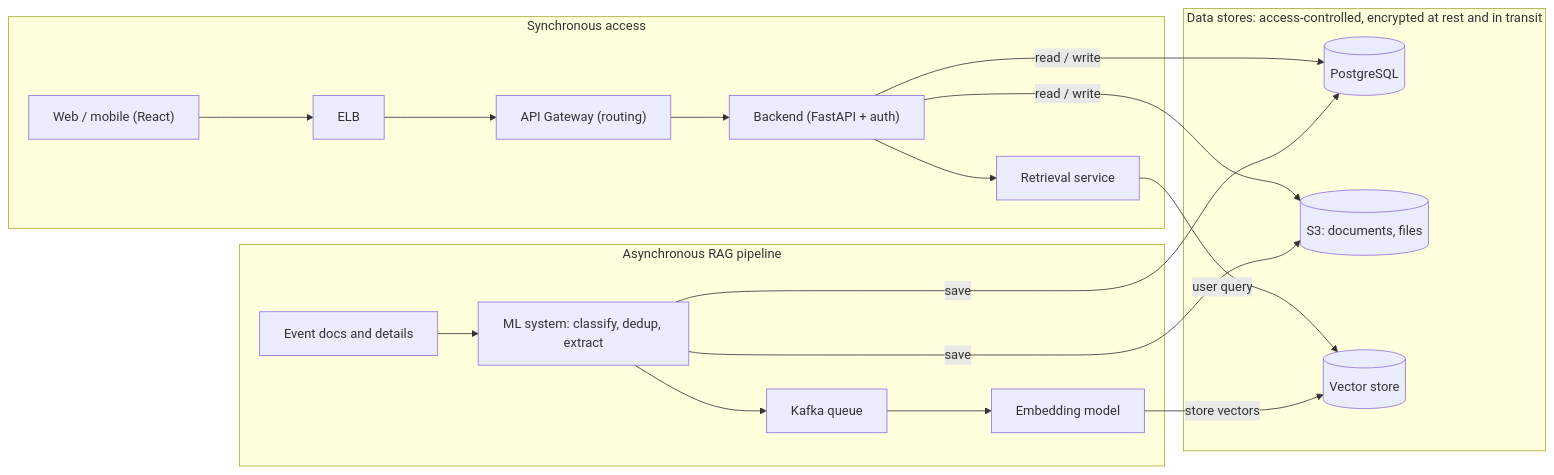
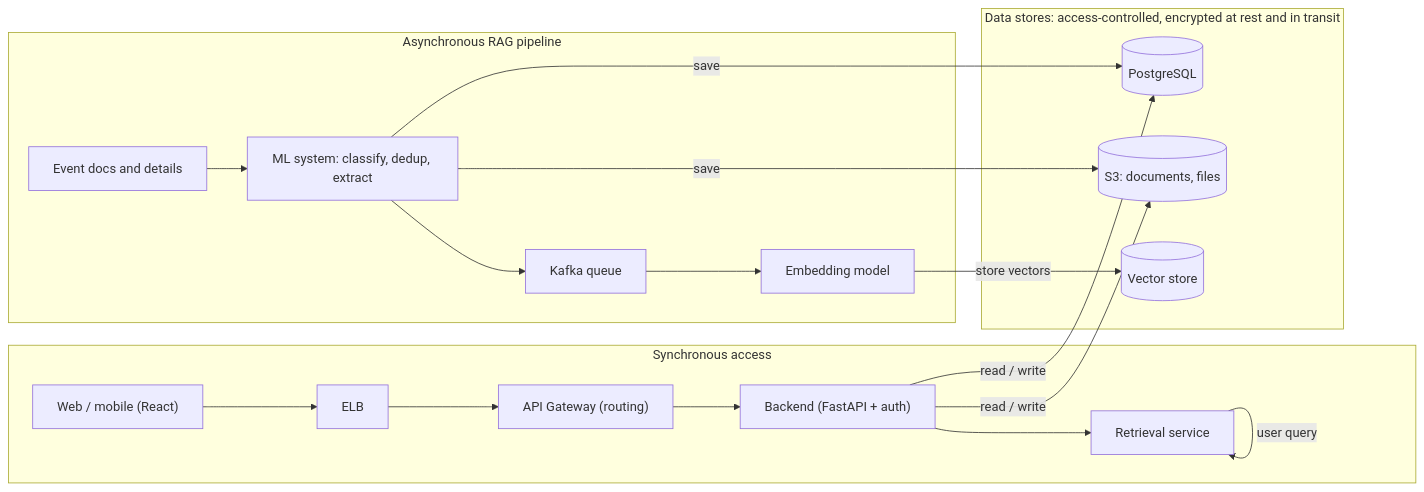
One commit to mkrishnan-code/EventsPlatform changed the diagram in event-portal-high-level-design.md. Above: the diagram before and after it, drawn with Mermaid. The commit also changed other lines of this file, not shown here.

Commit message:
Enhance synchronous path description in design doc
Updated the synchronous path description to include search and query functionalities.

````diff
--- a/event-portal-high-level-design.md
+++ b/event-portal-high-level-design.md
@@ -15,20 +15,20 @@
 ```mermaid
 flowchart LR
   subgraph Sync["Synchronous access"]
     UI["Web / mobile (React)"] --> ELB["ELB"] --> GW["API Gateway (routing)"] --> BE["Backend (FastAPI + auth)"] --> RS["Retrieval service"]
   end
   subgraph Stores["Data stores: access-controlled, encrypted at rest and in transit"]
     PG[("PostgreSQL")]
     S3[("S3: documents, files")]
     VS[("Vector store")]
   end
   subgraph Async["Asynchronous RAG pipeline"]
     DOCS["Event docs and details"] --> ML["ML system: classify, dedup, extract"] --> K["Kafka queue"] --> EMB["Embedding model"]
   end
   BE -- read / write --> PG
   BE -- read / write --> S3
-  RS -- user query --> VS
+  RS -- user query --> RS
   ML -- save --> PG
   ML -- save --> S3
   EMB -- store vectors --> VS
 ```
````
